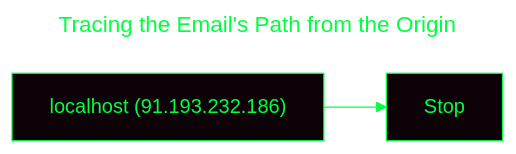
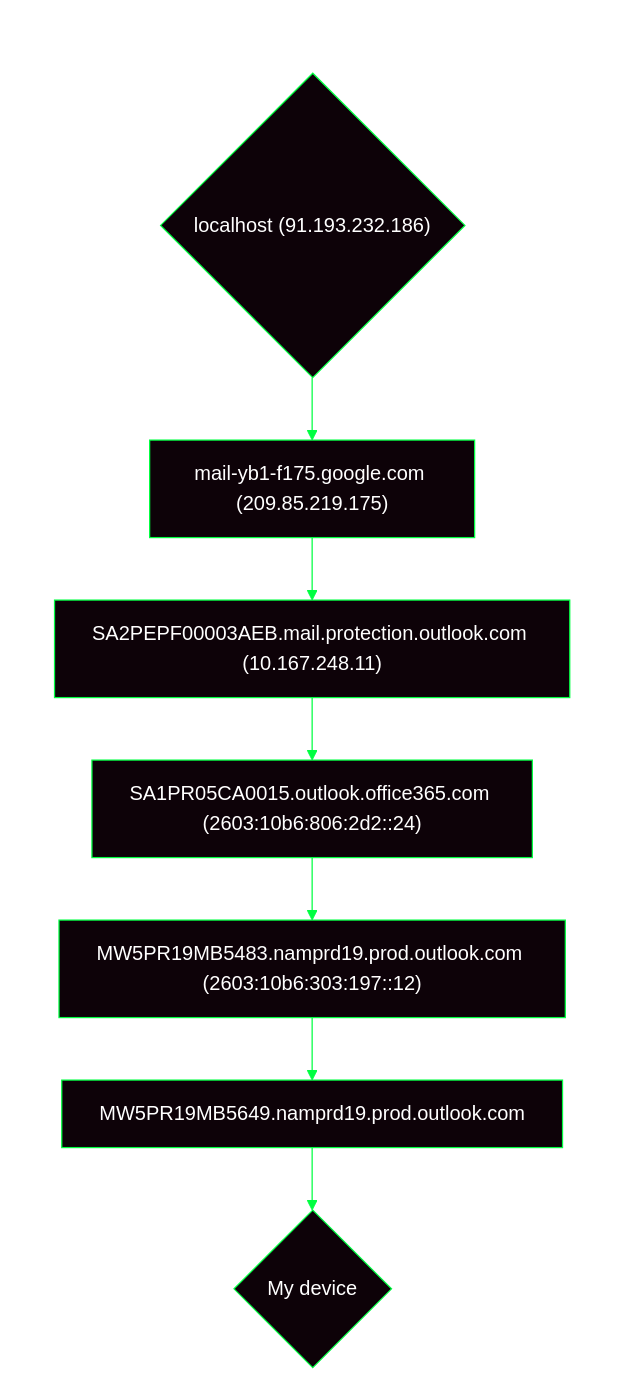
Before and after one commit to ponsinfosec/phishing-analysis: the diagram in threat-intelligence.md, drawn with Mermaid.

````diff
--- a/threat-intelligence.md
+++ b/threat-intelligence.md
@@ -3,17 +3,17 @@
 ```mermaid
 ---
-title: Tracing the Email's Path from the Origin
+title: Sequence of Email Transmission from Source to Destination
 ---
 %%{init: {
   "theme": "base",
   "themeVariables": {
     "primaryColor": "#0D0208",
-    "primaryTextColor": "#00ff41",
+    "primaryTextColor": "#fff",
     "primaryBorderColor": "#00FF41",
     "lineColor": "#00FF41",
     "secondaryColor": "#006100"
   }
 }}%%
-flowchart LR
-  A["localhost (91.193.232.186)"] --> B[Stop]
+flowchart TD
+  A{"localhost (91.193.232.186)"} --> B["mail-yb1-f175.google.com (209.85.219.175)"] --> C["SA2PEPF00003AEB.mail.protection.outlook.com (10.167.248.11)"] --> D["SA1PR05CA0015.outlook.office365.com (2603:10b6:806:2d2::24)"] --> E["MW5PR19MB5483.namprd19.prod.outlook.com (2603:10b6:303:197::12)"] --> F["MW5PR19MB5649.namprd19.prod.outlook.com"] --> G{"My device"}
 ```
````
